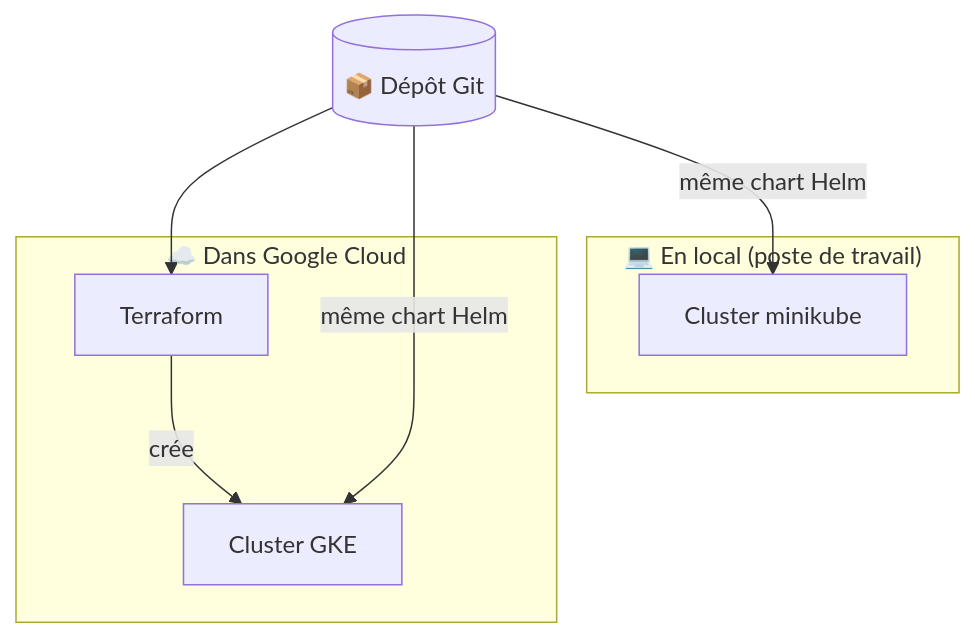
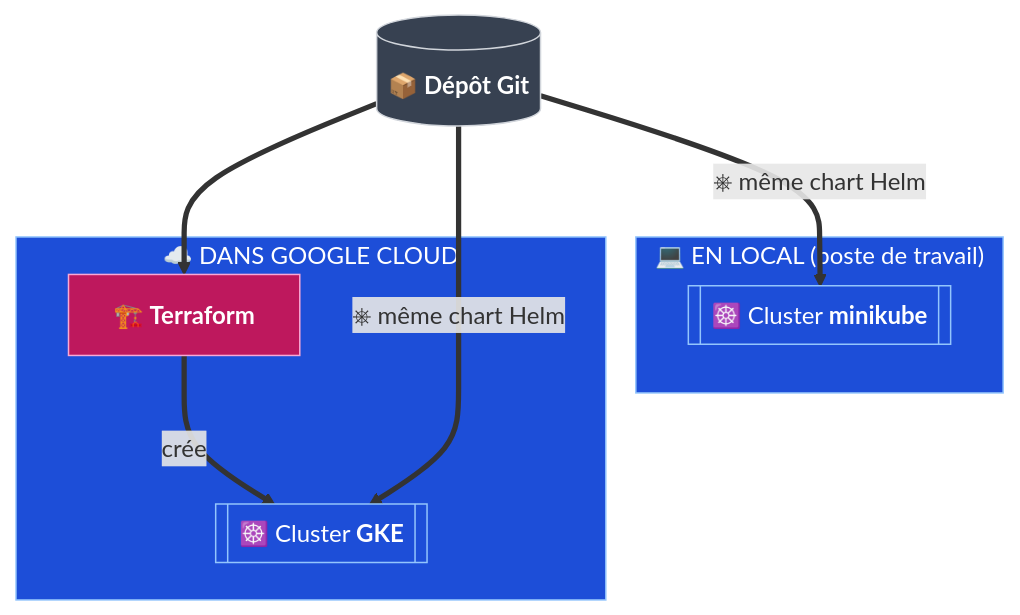
Before and after one commit to MartinFraysse/cloud-ia-project: the second of 2 diagrams in Project-2/docs/00-introduction.md, drawn with Mermaid. The commit also changed other lines of this file and 4 other files, not shown here.

````diff
--- a/Project-2/docs/00-introduction.md
+++ b/Project-2/docs/00-introduction.md
@@ -57,16 +66,23 @@
 ```mermaid
 flowchart TB
-    G[("📦 Dépôt Git")]
+    G[("📦 <b>Dépôt Git</b>")]
 
-    subgraph LOCAL["💻 En local (poste de travail)"]
-        MK["Cluster minikube"]
+    subgraph LOCAL["💻 EN LOCAL (poste de travail)"]
+        MK[["☸️ Cluster <b>minikube</b>"]]
     end
 
-    subgraph CLOUD["☁️ Dans Google Cloud"]
-        TF["Terraform"] -->|crée| GKE["Cluster GKE"]
+    subgraph CLOUD["☁️ DANS GOOGLE CLOUD"]
+        TF["🏗️ <b>Terraform</b>"] ==>|crée| GKE[["☸️ Cluster <b>GKE</b>"]]
     end
 
-    G -->|même chart Helm| MK
-    G --> TF
-    G -->|même chart Helm| GKE
+    G ==>|"⎈ même chart Helm"| MK
+    G ==> TF
+    G ==>|"⎈ même chart Helm"| GKE
+
+    classDef git fill:#374151,stroke:#d1d5db,color:#fff
+    classDef tf fill:#be185d,stroke:#f9a8d4,color:#fff
+    classDef cluster fill:#1d4ed8,stroke:#93c5fd,color:#fff
+    class G git
+    class TF tf
+    class MK,GKE cluster
 ```
````
